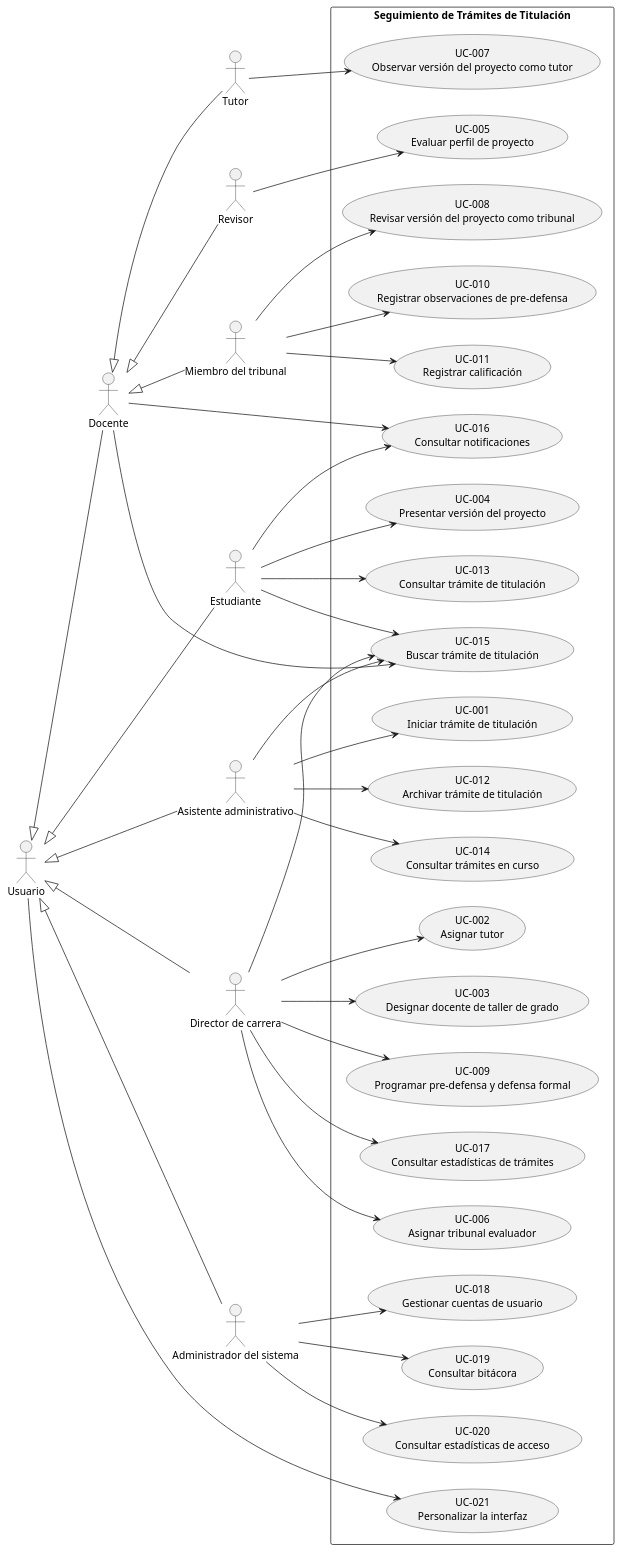
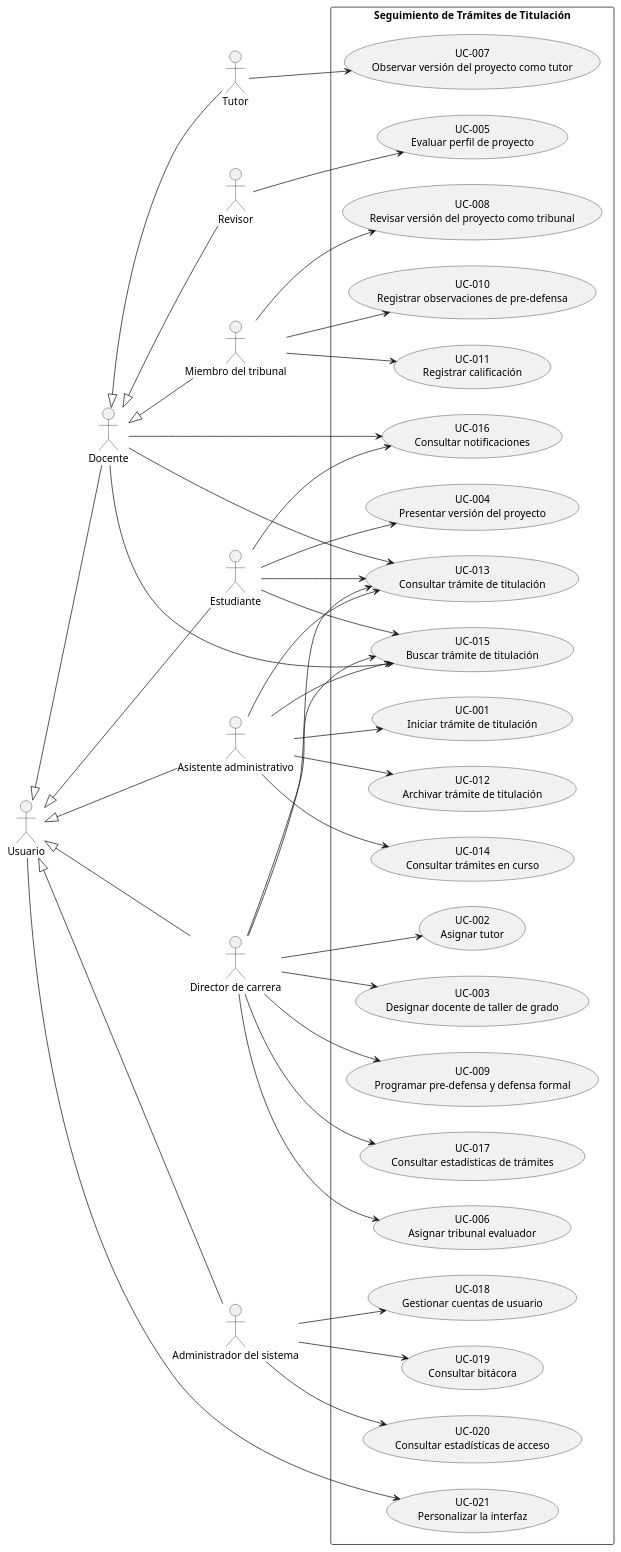
Before and after one commit to rogerrocaarano-ficct/inf513-proyecto2: the diagram in docs/use_cases.puml, drawn with PlantUML. The commit also changed 1 other file, not shown here.

```diff
--- a/docs/use_cases.puml
+++ b/docs/use_cases.puml
@@ -1,78 +1,81 @@
 @startuml Use Cases Overview
 left to right direction
 
 actor "Usuario" as usuario
 actor "Estudiante" as estudiante
 actor "Asistente administrativo" as asistente
 actor "Director de carrera" as director
 actor "Docente" as docente
 actor "Tutor" as tutor
 actor "Revisor" as revisor
 actor "Miembro del tribunal" as miembro
 actor "Administrador del sistema" as admin
 
 estudiante -up-|> usuario
 asistente -up-|> usuario
 director -up-|> usuario
 docente -up-|> usuario
 admin -up-|> usuario
 tutor -up-|> docente
 revisor -up-|> docente
 miembro -up-|> docente
 
 rectangle "Seguimiento de Trámites de Titulación" {
     usecase "UC-001\nIniciar trámite de titulación" as UC001
     usecase "UC-002\nAsignar tutor" as UC002
     usecase "UC-003\nDesignar docente de taller de grado" as UC003
     usecase "UC-004\nPresentar versión del proyecto" as UC004
     usecase "UC-005\nEvaluar perfil de proyecto" as UC005
     usecase "UC-006\nAsignar tribunal evaluador" as UC006
     usecase "UC-007\nObservar versión del proyecto como tutor" as UC007
     usecase "UC-008\nRevisar versión del proyecto como tribunal" as UC008
     usecase "UC-009\nProgramar pre-defensa y defensa formal" as UC009
     usecase "UC-010\nRegistrar observaciones de pre-defensa" as UC010
     usecase "UC-011\nRegistrar calificación" as UC011
     usecase "UC-012\nArchivar trámite de titulación" as UC012
     usecase "UC-013\nConsultar trámite de titulación" as UC013
     usecase "UC-014\nConsultar trámites en curso" as UC014
     usecase "UC-015\nBuscar trámite de titulación" as UC015
     usecase "UC-016\nConsultar notificaciones" as UC016
     usecase "UC-017\nConsultar estadísticas de trámites" as UC017
     usecase "UC-018\nGestionar cuentas de usuario" as UC018
     usecase "UC-019\nConsultar bitácora" as UC019
     usecase "UC-020\nConsultar estadísticas de acceso" as UC020
     usecase "UC-021\nPersonalizar la interfaz" as UC021
 }
 
 asistente --> UC001
 asistente --> UC012
 asistente --> UC014
 
 director --> UC002
 director --> UC003
 director --> UC006
 director --> UC009
 director --> UC017
 
 estudiante --> UC004
 estudiante --> UC013
+docente --> UC013
+asistente --> UC013
+director --> UC013
 estudiante --> UC016
 
 docente --> UC016
 revisor --> UC005
 tutor --> UC007
 miembro --> UC008
 miembro --> UC010
 miembro --> UC011
 
 admin --> UC018
 admin --> UC019
 admin --> UC020
 
 estudiante --> UC015
 docente --> UC015
 asistente --> UC015
 director --> UC015
 usuario --> UC021
 
 @enduml
```
